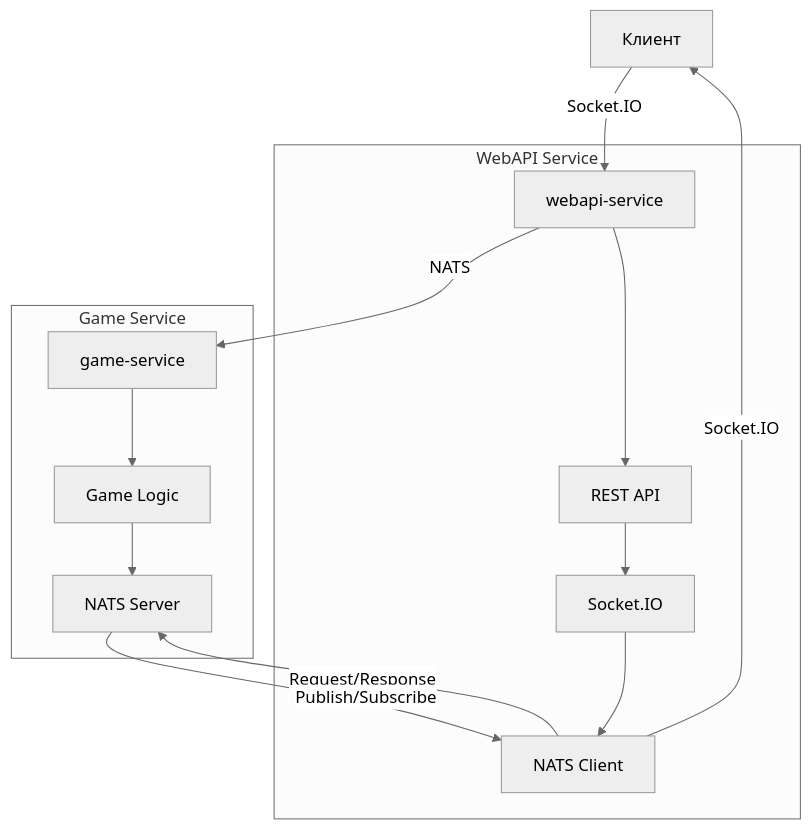
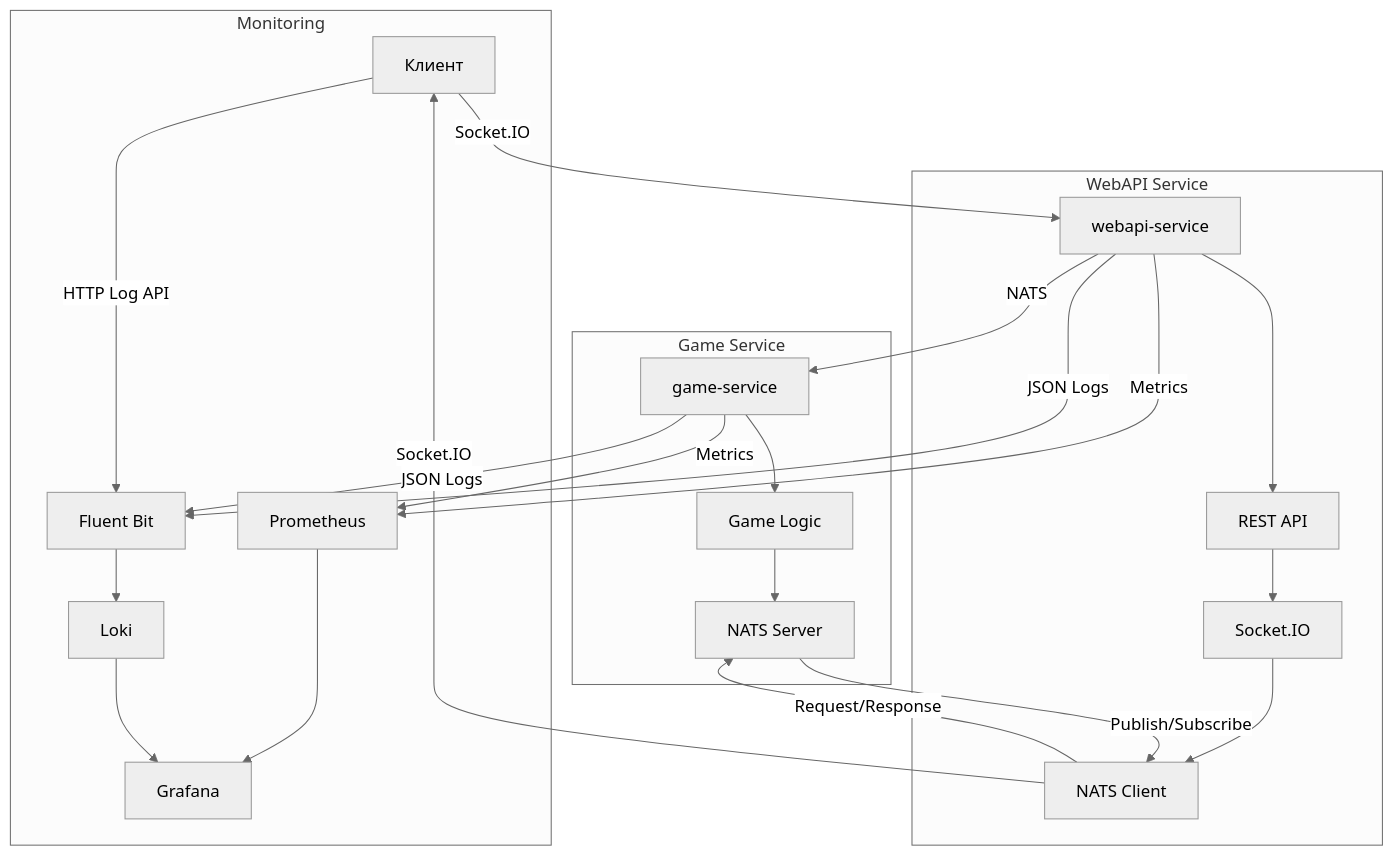
Before and after one commit to trulander/BombermanOnline: the diagram in README.md, drawn with Mermaid (neutral theme). The commit also changed other lines of this file and 30 other files, not shown here.

````diff
--- a/README.md
+++ b/README.md
@@ -100,20 +126,31 @@
 ```mermaid
 graph TD
     A[Клиент] -->|Socket.IO| B[webapi-service]
     B -->|NATS| C[game-service]
     
     subgraph WebAPI Service
         B --> D[REST API]
         D --> E[Socket.IO]
         E --> F[NATS Client]
     end
     
     subgraph Game Service
         C --> G[Game Logic]
         G --> H[NATS Server]
     end
     
     F -->|Request/Response| H
     H -->|Publish/Subscribe| F
     F -->|Socket.IO| A
+    
+    subgraph Monitoring
+        P[Prometheus] --> G1[Grafana]
+        L[Loki] --> G1
+        B -->|Metrics| P
+        C -->|Metrics| P
+        A -->|HTTP Log API| FB[Fluent Bit]
+        B -->|JSON Logs| FB
+        C -->|JSON Logs| FB
+        FB --> L
+    end
 ```
````
